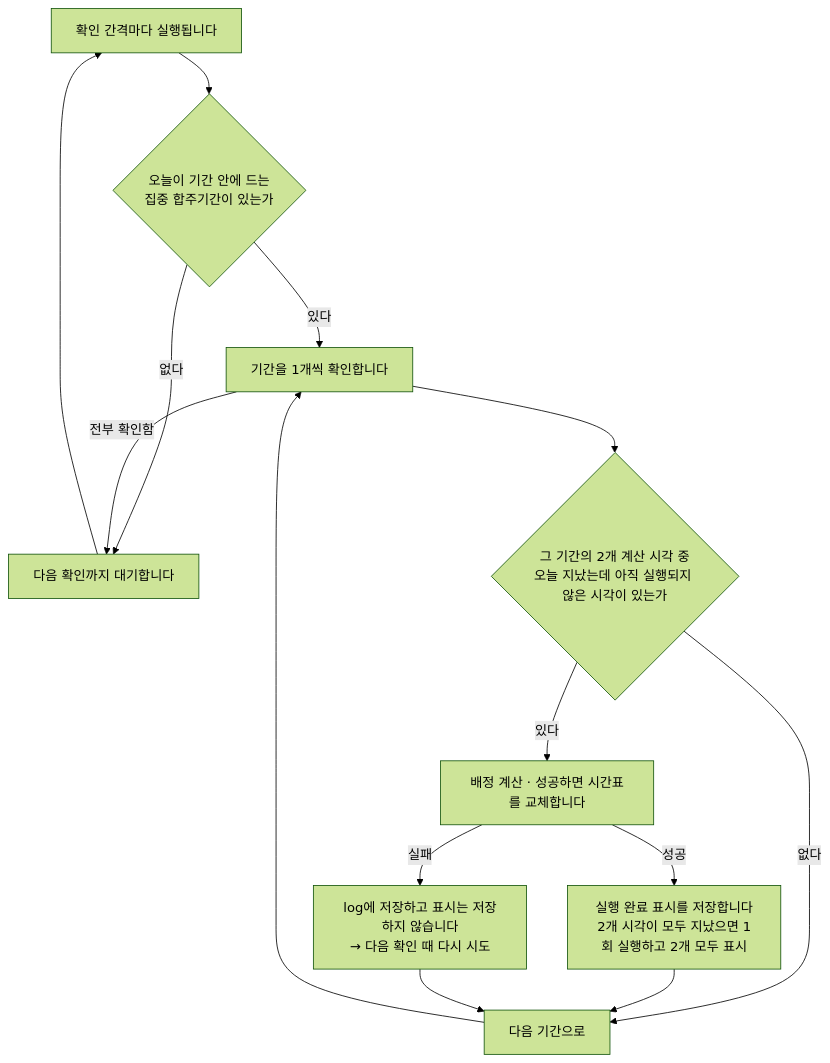
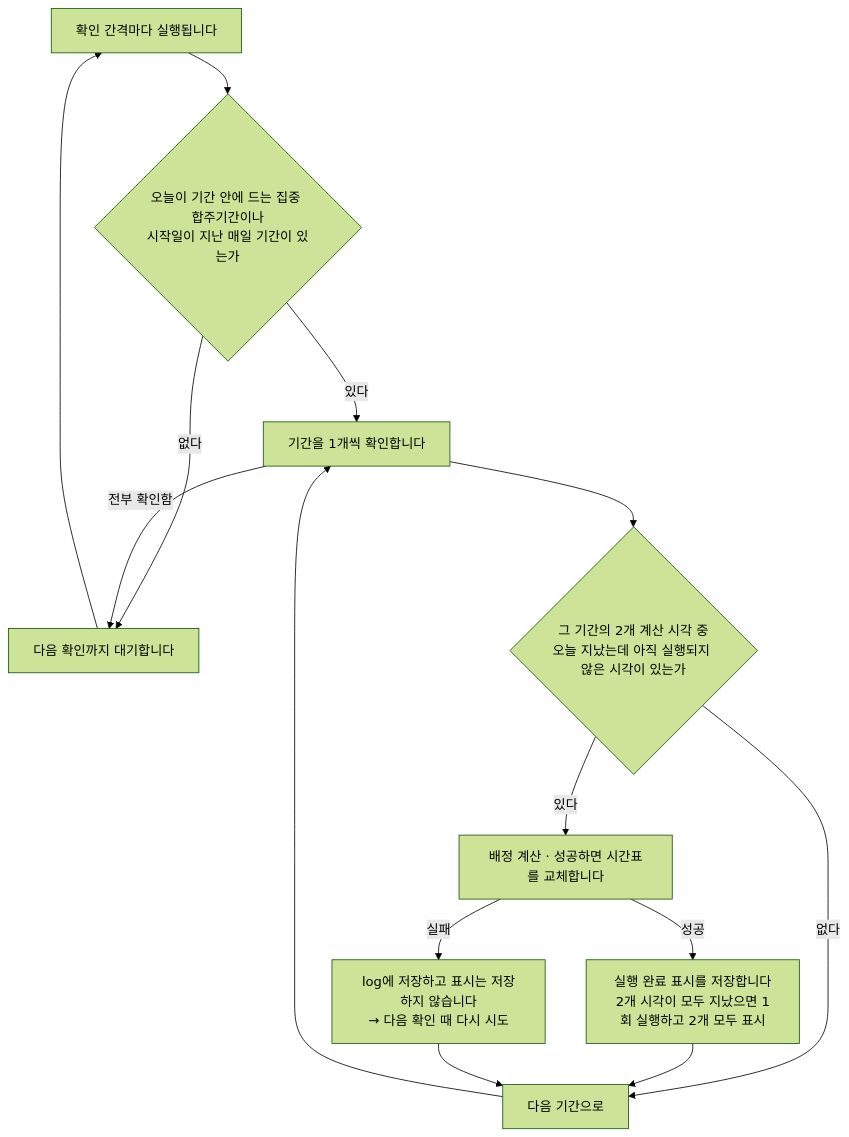
Before and after one commit to minkong-dev/Banblit: the second of 3 diagrams in .cluedoc/auto-assignment/README.md, drawn with Mermaid (forest theme). The commit also changed other lines of this file and 6 other files, not shown here.

````diff
--- a/.cluedoc/auto-assignment/README.md
+++ b/.cluedoc/auto-assignment/README.md
@@ -139,16 +140,16 @@
 ```mermaid
 flowchart TD
-    W[확인 간격마다 실행됩니다] --> P{오늘이 기간 안에 드는<br/>집중 합주기간이 있는가}
+    W[확인 간격마다 실행됩니다] --> P{오늘이 기간 안에 드는 집중 합주기간이나<br/>시작일이 지난 매일 기간이 있는가}
     P -->|없다| S[다음 확인까지 대기합니다]
     P -->|있다| L[기간을 1개씩 확인합니다]
     L --> D{그 기간의 2개 계산 시각 중<br/>오늘 지났는데 아직 실행되지 않은 시각이 있는가}
     D -->|없다| N[다음 기간으로]
     D -->|있다| C[배정 계산 · 성공하면 시간표를 교체합니다]
     C -->|성공| M[실행 완료 표시를 저장합니다<br/>2개 시각이 모두 지났으면 1회 실행하고 2개 모두 표시]
     C -->|실패| E[log에 저장하고 표시는 저장하지 않습니다<br/>→ 다음 확인 때 다시 시도]
     M --> N
     E --> N
     N --> L
     L -->|전부 확인함| S
     S --> W
 ```
````
